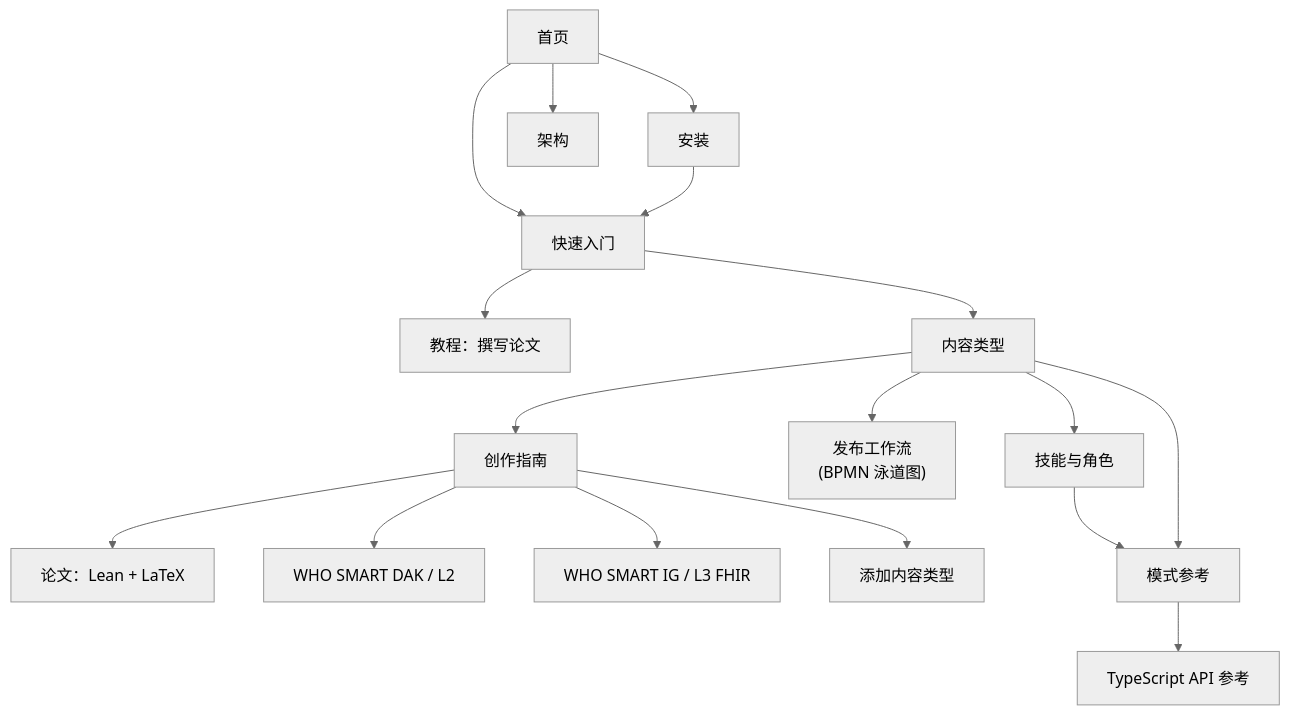
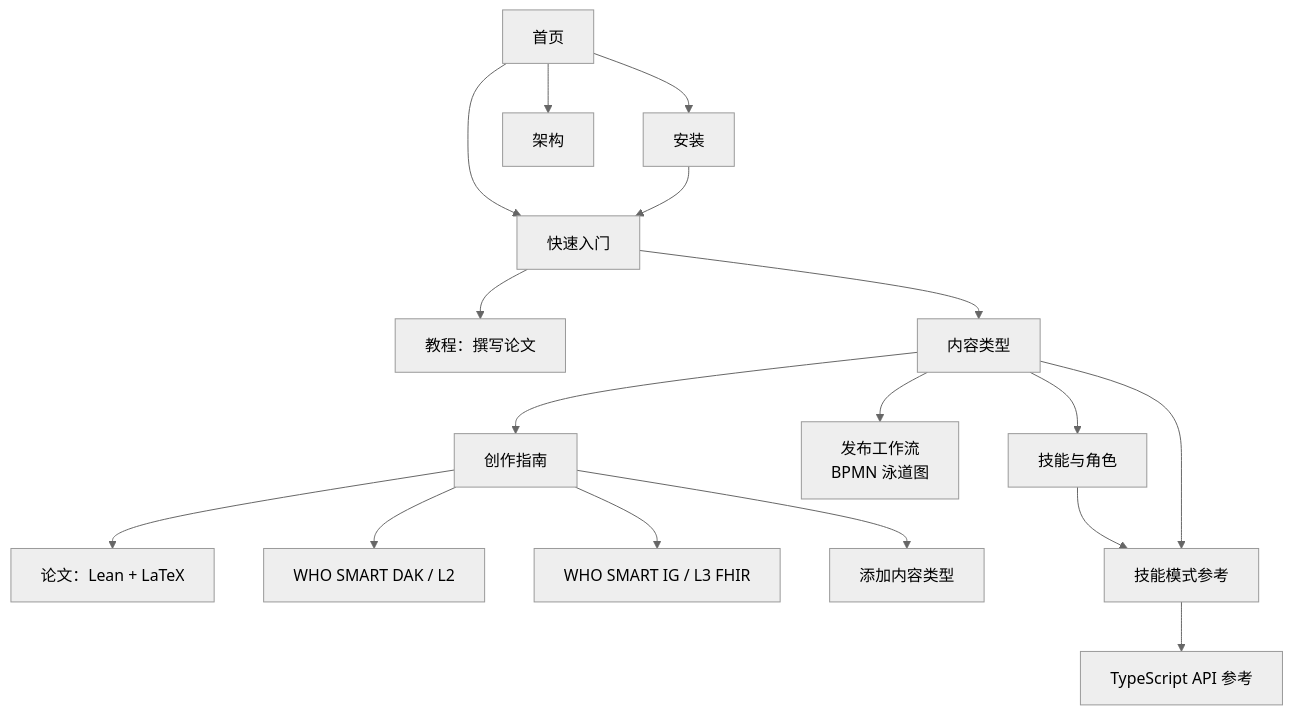
Before and after one commit to litlfred/folio-assistant: the second of 2 diagrams in cat-harness/docs/zh/index.md, drawn with Mermaid (neutral theme). The commit also changed other lines of this file and 9 other files, not shown here.

````diff
--- a/cat-harness/docs/zh/index.md
+++ b/cat-harness/docs/zh/index.md
@@ -105,19 +115,34 @@
 ```mermaid
 flowchart TD
     Home[首页] --> Install[安装]
     Home --> GS[快速入门]
     Install --> GS
-    GS --> Tut["教程：撰写论文"]
+    GS --> Tut[教程：撰写论文]
     GS --> CT[内容类型]
     CT --> Skills[技能与角色]
-    CT --> WF["发布工作流<br/>(BPMN 泳道图)"]
+    CT --> WF["发布工作流<br/>BPMN 泳道图"]
     CT --> Guides[创作指南]
-    Guides --> Paper["论文：Lean + LaTeX"]
+    Guides --> Paper[论文：Lean + LaTeX]
     Guides --> DAK[WHO SMART DAK / L2]
     Guides --> IG[WHO SMART IG / L3 FHIR]
     Guides --> New[添加内容类型]
-    Skills --> Ref[模式参考]
+    Skills --> Ref[技能模式参考]
     CT --> Ref
     Ref --> API[TypeScript API 参考]
     Home --> Arch[架构]
+
+    click Skills "skills.html" "Skills & roles"
+    click WF "publication-workflow.html" "Publication workflow (BPMN)"
+    click Install "installation.html" "Installation"
+    click GS "getting-started.html" "Getting started"
+    click Tut "guides/writing-a-paper.html" "Tutorial: writing a paper"
+    click CT "content-types.html" "Content types"
+    click Guides "guides/" "Authoring guides"
+    click Paper "guides/writing-a-paper.html" "Papers: Lean + LaTeX"
+    click DAK "guides/who-smart-dak.html" "WHO SMART DAK (L2)"
+    click IG "guides/who-smart-ig.html" "WHO SMART IG (L3 FHIR)"
+    click New "guides/new-content-type.html" "Add a content type"
+    click Ref "reference/skills/" "Skill schema reference"
+    click API "api/" "TypeScript API reference"
+    click Arch "architecture.html" "Architecture"
 ```
````
